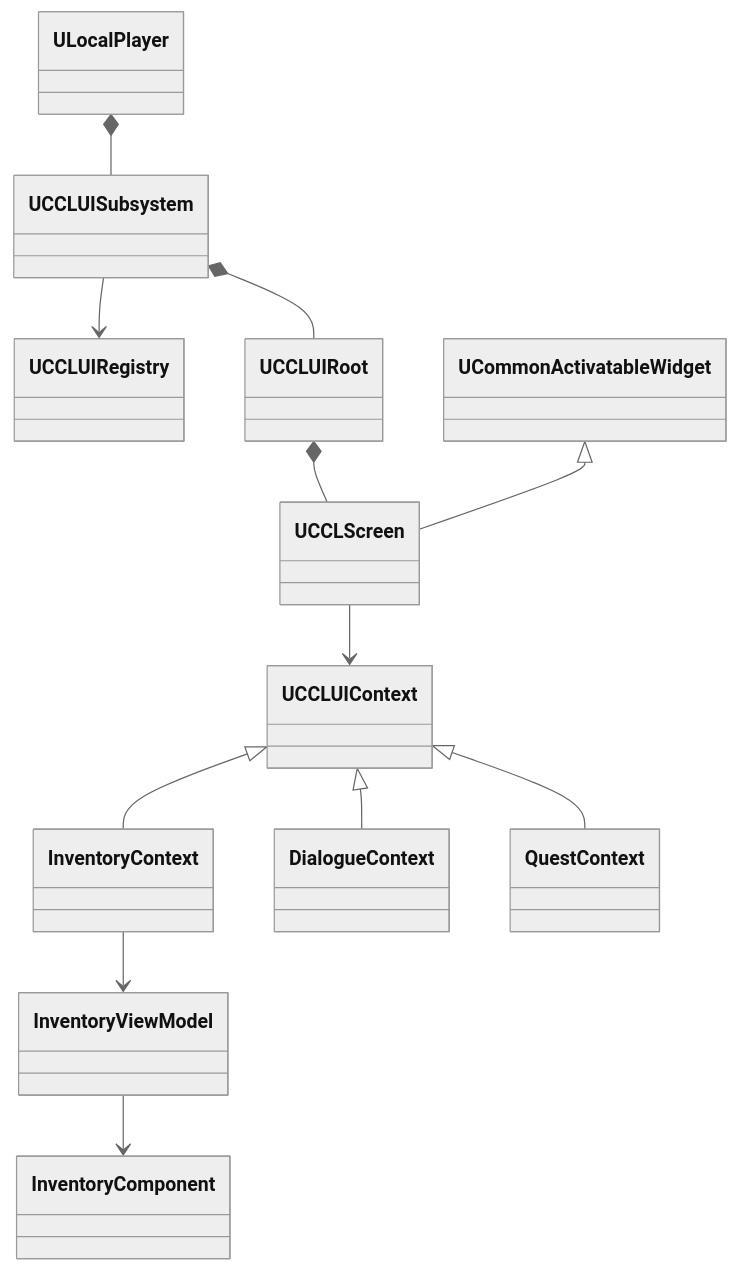
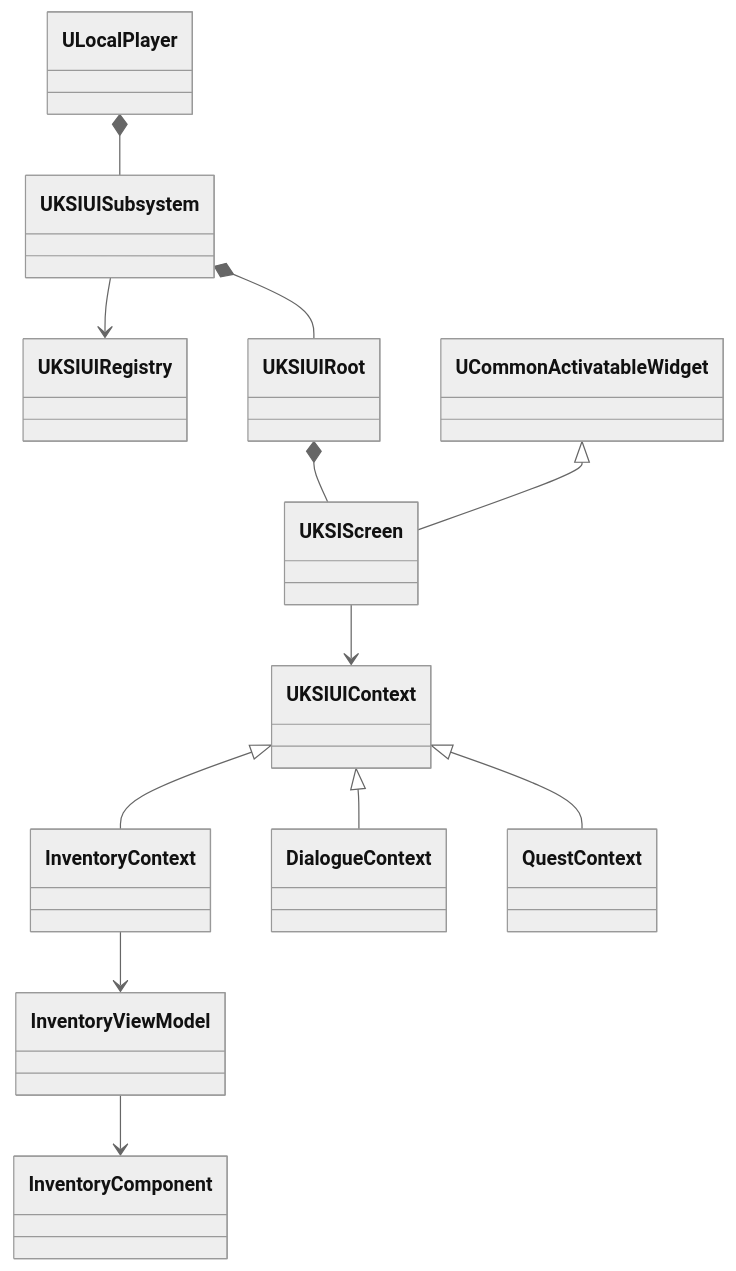
The diagram in Docs/UIFoundation.md (kang-sihwon/ccl8), drawn with Mermaid (neutral theme) before and after one commit. The commit also changed other lines of this file and 4 other files, not shown here.

````diff
--- a/Docs/UIFoundation.md
+++ b/Docs/UIFoundation.md
@@ -27,14 +27,14 @@
 ```mermaid
 classDiagram
-    ULocalPlayer *-- UCCLUISubsystem
-    UCCLUISubsystem --> UCCLUIRegistry
-    UCCLUISubsystem *-- UCCLUIRoot
-    UCCLUIRoot *-- UCCLScreen
-    UCommonActivatableWidget <|-- UCCLScreen
-    UCCLScreen --> UCCLUIContext
-    UCCLUIContext <|-- InventoryContext
-    UCCLUIContext <|-- DialogueContext
-    UCCLUIContext <|-- QuestContext
+    ULocalPlayer *-- UKSIUISubsystem
+    UKSIUISubsystem --> UKSIUIRegistry
+    UKSIUISubsystem *-- UKSIUIRoot
+    UKSIUIRoot *-- UKSIScreen
+    UCommonActivatableWidget <|-- UKSIScreen
+    UKSIScreen --> UKSIUIContext
+    UKSIUIContext <|-- InventoryContext
+    UKSIUIContext <|-- DialogueContext
+    UKSIUIContext <|-- QuestContext
     InventoryContext --> InventoryViewModel
     InventoryViewModel --> InventoryComponent
 ```
````
